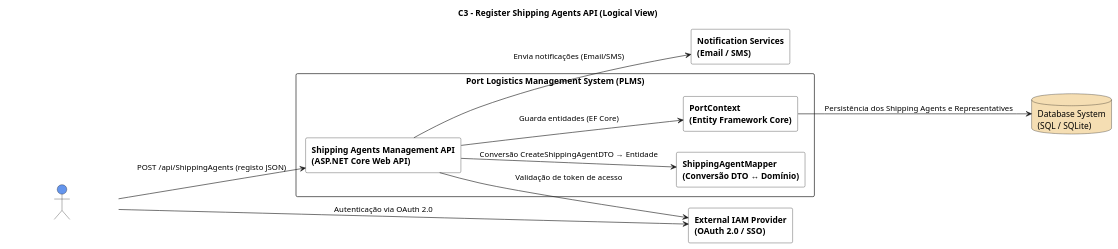
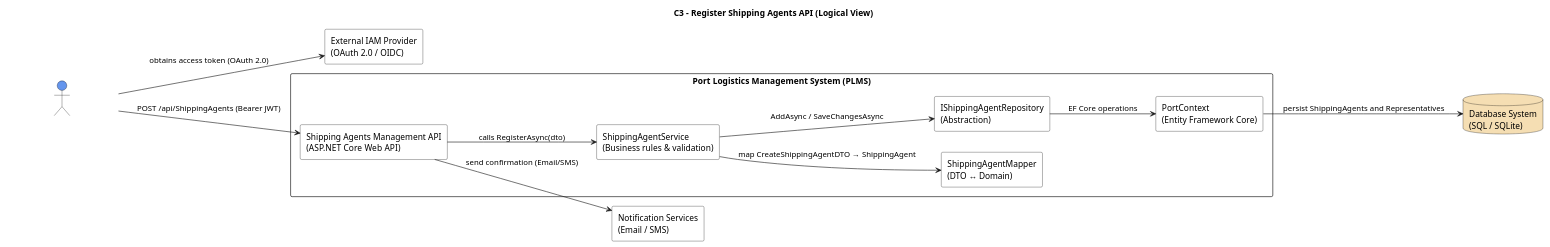
Before and after one commit to Departamento-de-Engenharia-Informatica/LEI-SEM5-PI-2025-26-3DM-03: the diagram in Docs/Sprint A/US 2.2.5/Modelo c4/C3_Logica.puml, drawn with PlantUML. The commit also changed 16 other files, not shown here.

```diff
--- a/Docs/Sprint A/US 2.2.5/Modelo c4/C3_Logica.puml
+++ b/Docs/Sprint A/US 2.2.5/Modelo c4/C3_Logica.puml
@@ -1,47 +1,45 @@
 @startuml C3_Register_Shipping_Agents_Logical_View
 title C3 – Register Shipping Agents API (Logical View)
 left to right direction
 hide empty members
 
 skinparam rectangle {
   BackgroundColor White
   BorderColor Black
   FontColor Black
-  FontStyle bold
 }
 skinparam database {
   BackgroundColor Wheat
   BorderColor Black
   FontColor Black
 }
 skinparam actor {
   BackgroundColor CornflowerBlue
   FontColor White
   BorderColor Black
 }
 
-' === ATOR EXTERNO ===
 actor "Organization Representative" as Rep
 
-' === SISTEMA PRINCIPAL ===
 rectangle "Port Logistics Management System (PLMS)" as PLMS {
-
   rectangle "Shipping Agents Management API\n(ASP.NET Core Web API)" as API
-  rectangle "ShippingAgentMapper\n(Conversão DTO ↔ Domínio)" as Mapper
+  rectangle "ShippingAgentService\n(Business rules & validation)" as Service
+  rectangle "ShippingAgentMapper\n(DTO ↔ Domain)" as Mapper
+  rectangle "IShippingAgentRepository\n(Abstraction)" as Repo
   rectangle "PortContext\n(Entity Framework Core)" as Context
 }
 
 database "Database System\n(SQL / SQLite)" as DB
-rectangle "External IAM Provider\n(OAuth 2.0 / SSO)" as IAM
+rectangle "External IAM Provider\n(OAuth 2.0 / OIDC)" as IAM
 rectangle "Notification Services\n(Email / SMS)" as Notif
 
-' === RELAÇÕES ===
-Rep --> API : POST /api/ShippingAgents (registo JSON)
-Rep --> IAM : Autenticação via OAuth 2.0
-API --> IAM : Validação de token de acesso
-API --> Mapper : Conversão CreateShippingAgentDTO → Entidade
-API --> Context : Guarda entidades (EF Core)
-Context --> DB : Persistência dos Shipping Agents e Representatives
-API --> Notif : Envia notificações (Email/SMS)
+Rep --> IAM : obtains access token (OAuth 2.0)
+Rep --> API : POST /api/ShippingAgents (Bearer JWT)
+API --> Service : calls RegisterAsync(dto)
+Service --> Mapper : map CreateShippingAgentDTO → ShippingAgent
+Service --> Repo : AddAsync / SaveChangesAsync
+Repo --> Context : EF Core operations
+Context --> DB : persist ShippingAgents and Representatives
+API --> Notif : send confirmation (Email/SMS)
 
 @enduml
```
